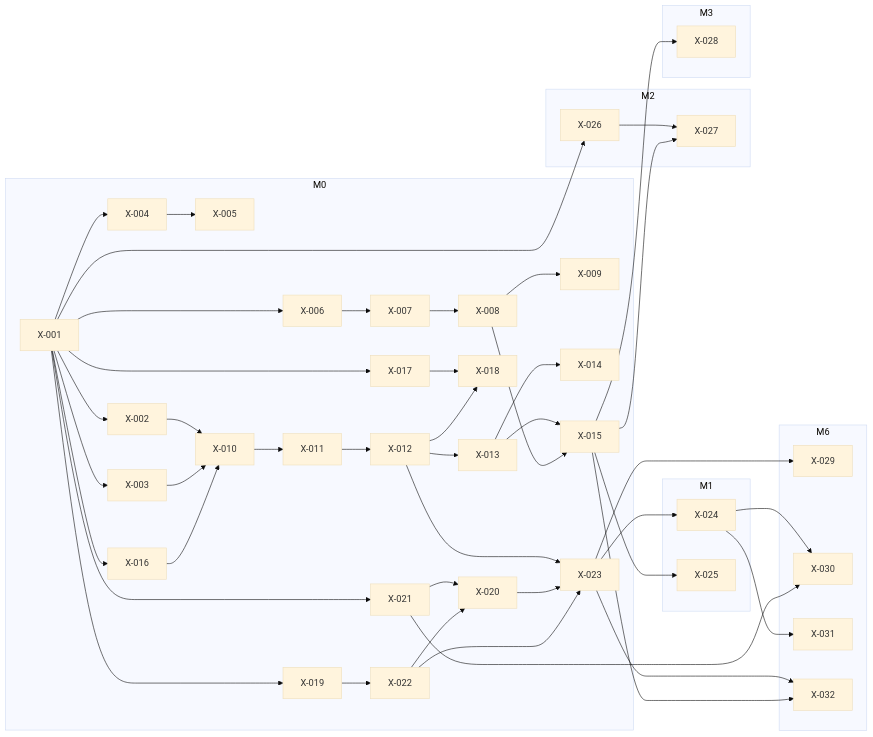
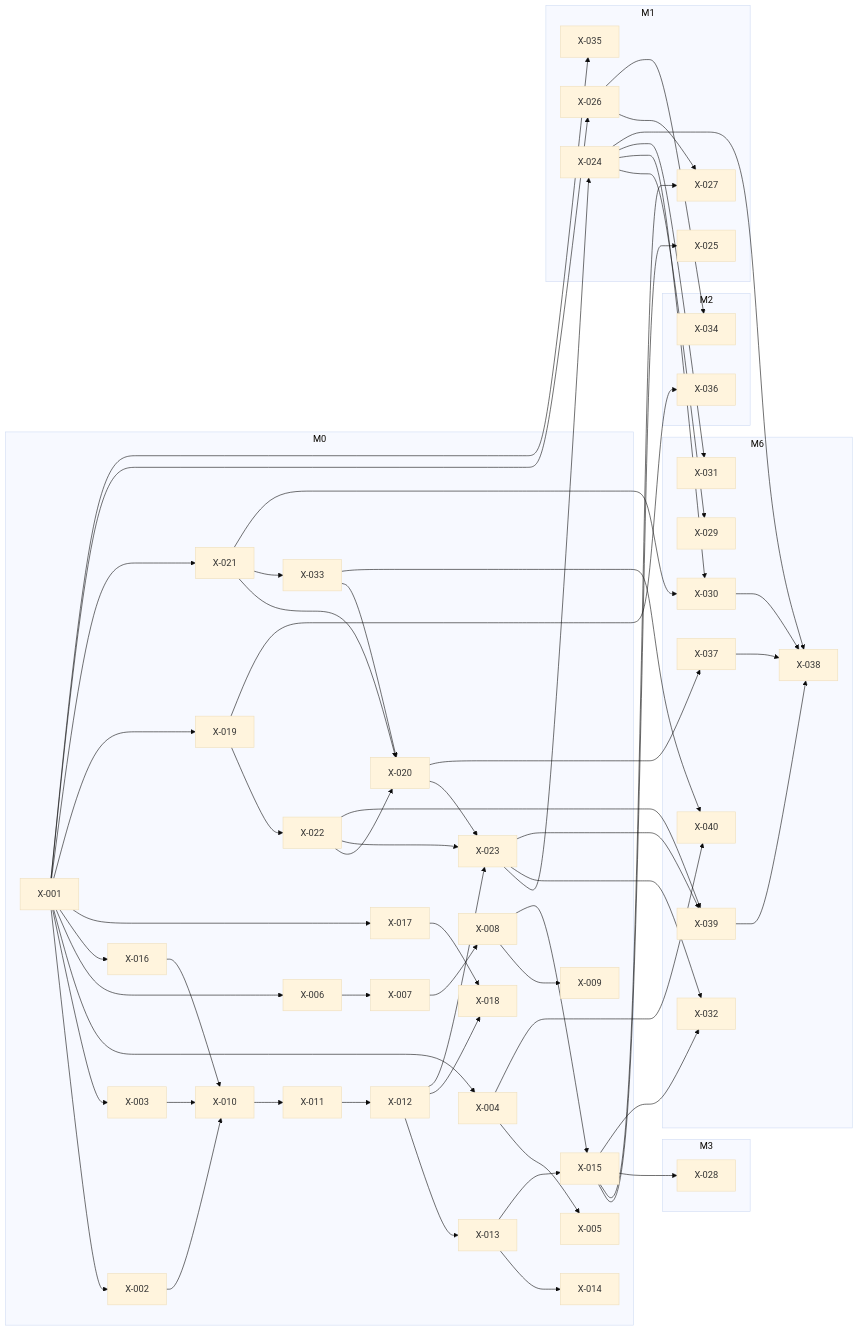
Before and after one commit to bhagwati-prasad/velexis-ota: the diagram in docs/mvp/plans/foundation-tasks.md, drawn with Mermaid (base theme). The commit also changed other lines of this file and 50 other files, not shown here.

````diff
--- a/docs/mvp/plans/foundation-tasks.md
+++ b/docs/mvp/plans/foundation-tasks.md
@@ -940,14 +1130,18 @@
     X_021["X-021"]
     X_022["X-022"]
     X_023["X-023"]
+    X_033["X-033"]
   end
   subgraph M1["M1"]
     X_024["X-024"]
     X_025["X-025"]
+    X_026["X-026"]
+    X_027["X-027"]
+    X_035["X-035"]
   end
   subgraph M2["M2"]
-    X_026["X-026"]
-    X_027["X-027"]
+    X_034["X-034"]
+    X_036["X-036"]
   end
   subgraph M3["M3"]
     X_028["X-028"]
@@ -957,6 +1151,10 @@
     X_030["X-030"]
     X_031["X-031"]
     X_032["X-032"]
+    X_037["X-037"]
+    X_038["X-038"]
+    X_039["X-039"]
+    X_040["X-040"]
   end
   X_001 --> X_002
   X_001 --> X_003
@@ -982,21 +1180,35 @@
   X_001 --> X_019
   X_021 --> X_020
   X_022 --> X_020
+  X_033 --> X_020
   X_001 --> X_021
   X_019 --> X_022
   X_012 --> X_023
   X_020 --> X_023
   X_022 --> X_023
+  X_021 --> X_033
   X_023 --> X_024
   X_015 --> X_025
   X_001 --> X_026
   X_026 --> X_027
   X_015 --> X_027
+  X_001 --> X_035
+  X_026 --> X_034
+  X_019 --> X_036
   X_015 --> X_028
-  X_023 --> X_029
+  X_024 --> X_029
   X_024 --> X_030
   X_021 --> X_030
   X_024 --> X_031
   X_023 --> X_032
   X_015 --> X_032
+  X_020 --> X_037
+  X_024 --> X_038
+  X_030 --> X_038
+  X_037 --> X_038
+  X_039 --> X_038
+  X_022 --> X_039
+  X_023 --> X_039
+  X_004 --> X_040
+  X_033 --> X_040
 ```
````
